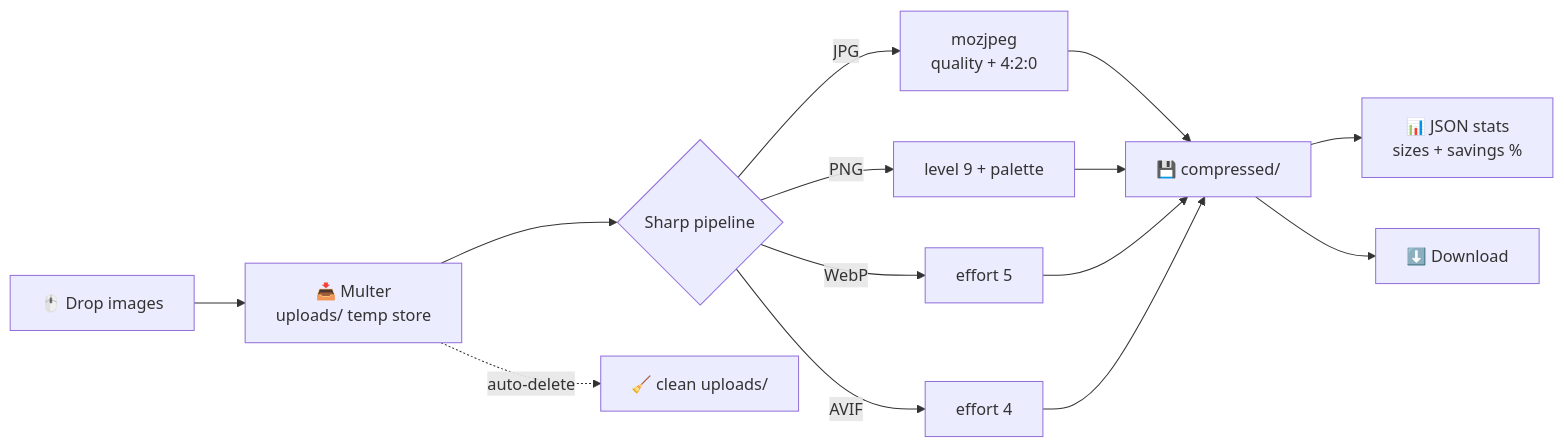
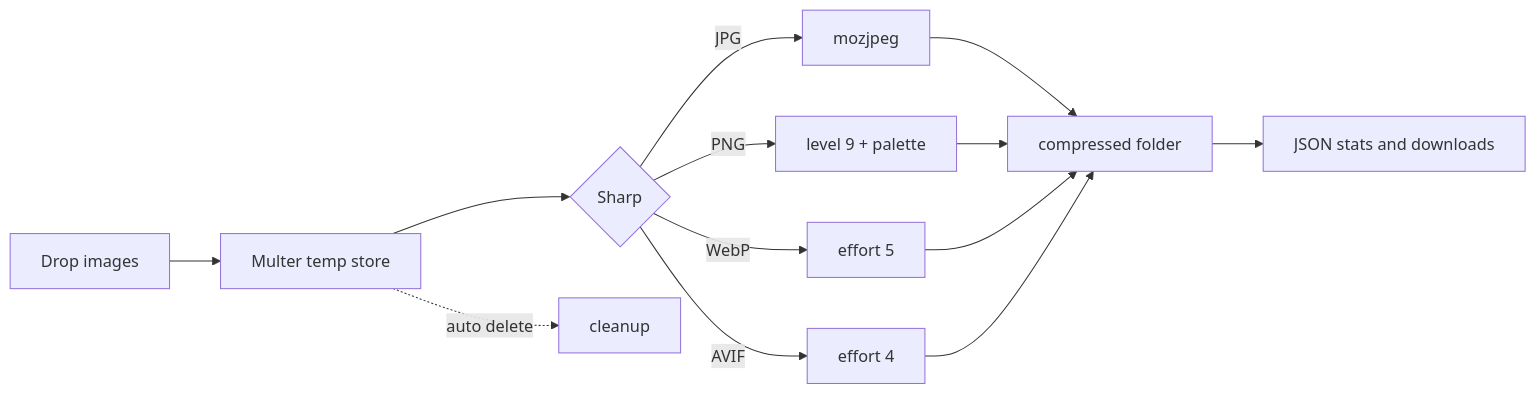
Before and after one commit to MoHamed-B-M/pico: the diagram in README.md, drawn with Mermaid. The commit also changed other lines of this file, not shown here.

````diff
--- a/README.md
+++ b/README.md
@@ -121,16 +78,15 @@
 ```mermaid
 flowchart LR
-    A[🖱️ Drop images] --> B[📥 Multer\nuploads/ temp store]
-    B --> C{Sharp pipeline}
-    C -->|JPG| D[mozjpeg\nquality + 4:2:0]
+    A[Drop images] --> B[Multer temp store]
+    B --> C{Sharp}
+    C -->|JPG| D[mozjpeg]
     C -->|PNG| E[level 9 + palette]
     C -->|WebP| F[effort 5]
     C -->|AVIF| G[effort 4]
-    D --> H[💾 compressed/]
+    D --> H[compressed folder]
     E --> H
     F --> H
     G --> H
-    H --> I[📊 JSON stats\nsizes + savings %]
-    H --> J[⬇️ Download]
-    B -. auto-delete .-> K[🧹 clean uploads/]
+    H --> I[JSON stats and downloads]
+    B -. auto delete .-> J[cleanup]
 ```
````
